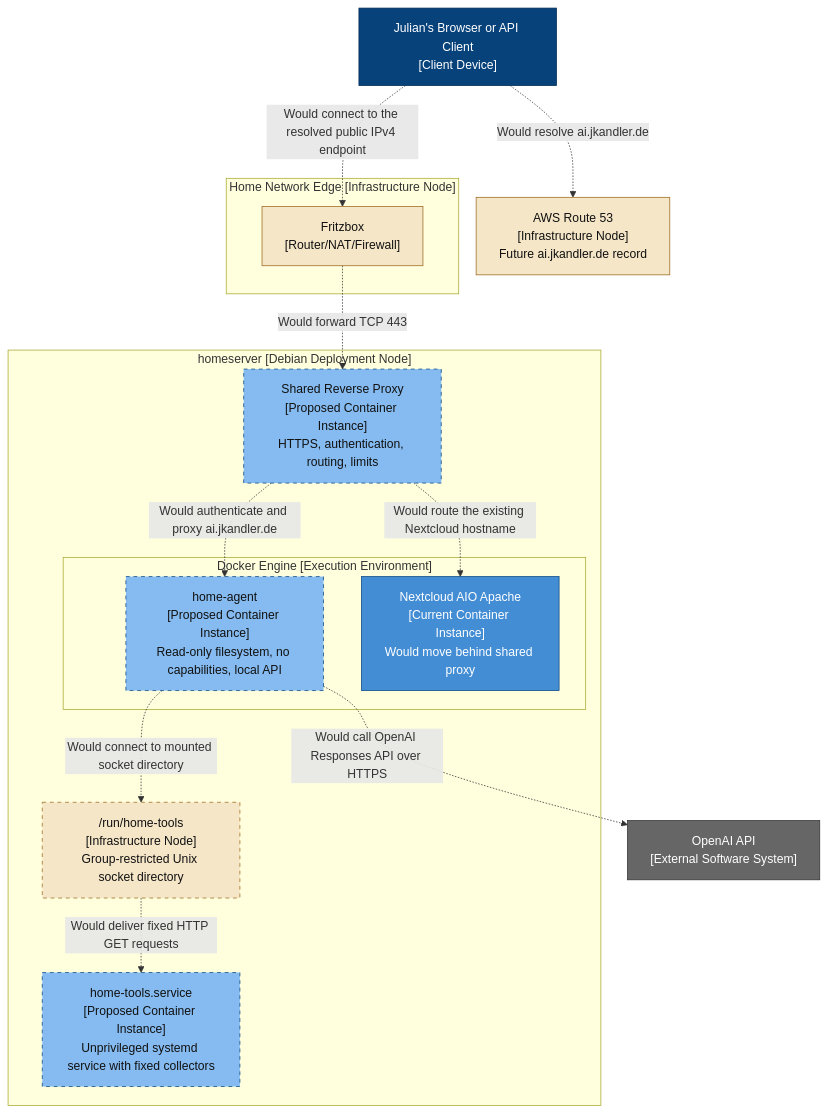
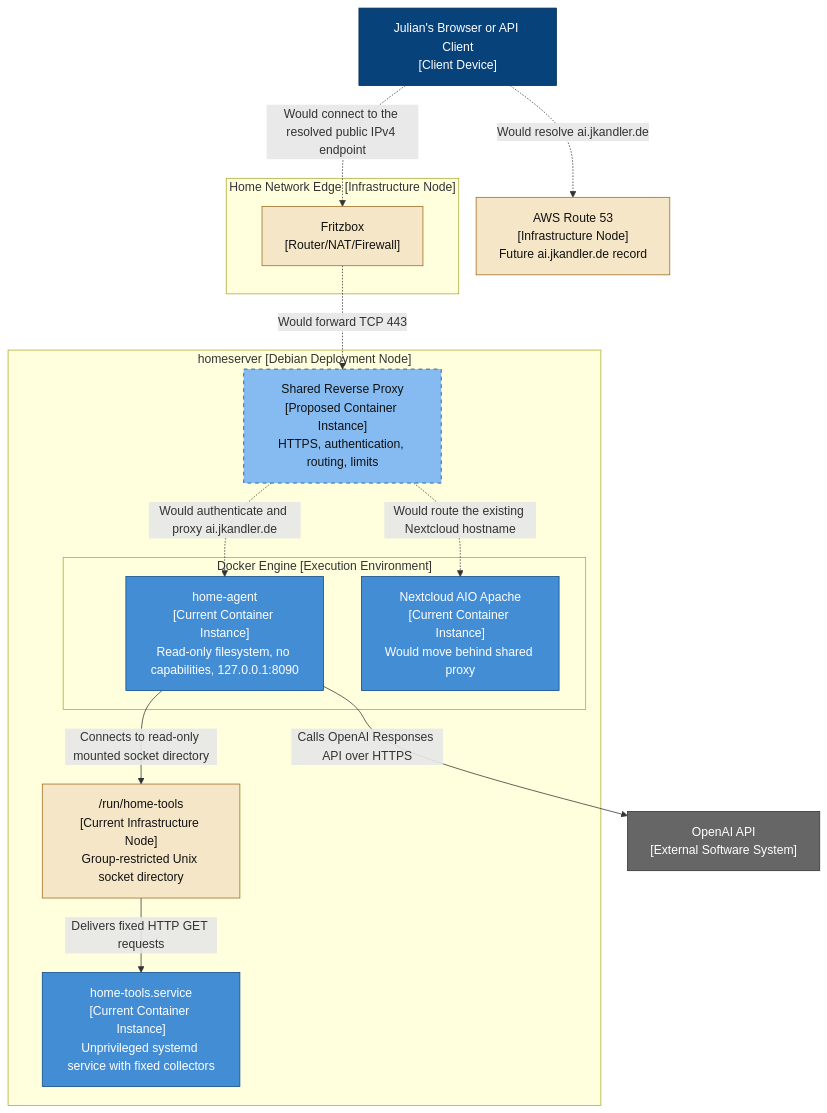
The diagram in docs/architecture/proposed/deployment.md (KandlerLi/home-infra-docs), drawn with Mermaid before and after one commit. The commit also changed other lines of this file and 24 other files, not shown here.

Commit message:
Document deployed private home agent

````diff
--- a/docs/architecture/proposed/deployment.md
+++ b/docs/architecture/proposed/deployment.md
@@ -7,43 +7,42 @@
 ```mermaid
 flowchart TB
     user["Julian's Browser or API Client<br/>[Client Device]"]
     route53["AWS Route 53<br/>[Infrastructure Node]<br/>Future ai.jkandler.de record"]
     cloud["OpenAI API<br/>[External Software System]"]
 
     subgraph edge["Home Network Edge [Infrastructure Node]"]
         fritzbox["Fritzbox<br/>[Router/NAT/Firewall]"]
     end
 
     subgraph host["homeserver [Debian Deployment Node]"]
         proxy["Shared Reverse Proxy<br/>[Proposed Container Instance]<br/>HTTPS, authentication, routing, limits"]
-        tools["home-tools.service<br/>[Proposed Container Instance]<br/>Unprivileged systemd service with fixed collectors"]
-        socket["/run/home-tools<br/>[Infrastructure Node]<br/>Group-restricted Unix socket directory"]
+        tools["home-tools.service<br/>[Current Container Instance]<br/>Unprivileged systemd service with fixed collectors"]
+        socket["/run/home-tools<br/>[Current Infrastructure Node]<br/>Group-restricted Unix socket directory"]
 
         subgraph docker["Docker Engine [Execution Environment]"]
-            agent["home-agent<br/>[Proposed Container Instance]<br/>Read-only filesystem, no capabilities, local API"]
+            agent["home-agent<br/>[Current Container Instance]<br/>Read-only filesystem, no capabilities, 127.0.0.1:8090"]
             nextcloud["Nextcloud AIO Apache<br/>[Current Container Instance]<br/>Would move behind shared proxy"]
         end
     end
 
     user -.->|"Would resolve ai.jkandler.de"| route53
     user -.->|"Would connect to the resolved public IPv4 endpoint"| fritzbox
     fritzbox -.->|"Would forward TCP 443"| proxy
     proxy -.->|"Would authenticate and proxy ai.jkandler.de"| agent
     proxy -.->|"Would route the existing Nextcloud hostname"| nextcloud
-    agent -.->|"Would call OpenAI Responses API over HTTPS"| cloud
-    agent -.->|"Would connect to mounted socket directory"| socket
-    socket -.->|"Would deliver fixed HTTP GET requests"| tools
+    agent -->|"Calls OpenAI Responses API over HTTPS"| cloud
+    agent -->|"Connects to read-only mounted socket directory"| socket
+    socket -->|"Delivers fixed HTTP GET requests"| tools
 
     classDef client fill:#08427b,color:#fff,stroke:#052e56
     classDef external fill:#666,color:#fff,stroke:#333
     classDef node fill:#f5e6c8,color:#111,stroke:#9b6b21
-    classDef proposedNode fill:#f5e6c8,color:#111,stroke:#9b6b21,stroke-dasharray:5 5
     classDef proposed fill:#85bbf0,color:#111,stroke:#0b4884,stroke-dasharray:5 5
     classDef current fill:#438dd5,color:#fff,stroke:#0b4884
     class user client
     class cloud external
     class route53,fritzbox node
-    class socket proposedNode
-    class proxy,tools,agent proposed
-    class nextcloud current
+    class proxy proposed
+    class socket node
+    class tools,agent,nextcloud current
 ```
````
